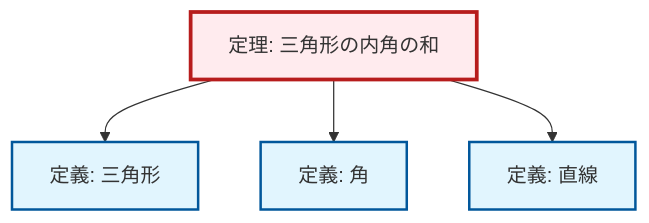
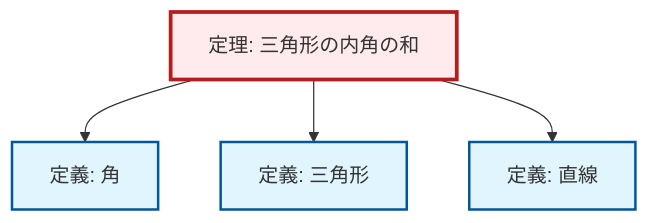
The diagram in content/ja/geometry/thm-angle-sum-triangle.qmd (RK0429/ModernMath), drawn with Mermaid before and after one commit. The commit also changed other lines of this file and 328 other files, not shown here.

````diff
--- a/content/ja/geometry/thm-angle-sum-triangle.qmd
+++ b/content/ja/geometry/thm-angle-sum-triangle.qmd
@@ -58,20 +58,20 @@
 ```{mermaid}
 %%| fig-cap: "ローカル依存関係グラフ"
 graph TD
     classDef definition fill:#e1f5fe,stroke:#01579b,stroke-width:2px
     classDef theorem fill:#f3e5f5,stroke:#4a148c,stroke-width:2px
     classDef axiom fill:#fff3e0,stroke:#e65100,stroke-width:2px
     classDef example fill:#e8f5e9,stroke:#1b5e20,stroke-width:2px
     classDef current fill:#ffebee,stroke:#b71c1c,stroke-width:3px
     def-triangle["定義: 三角形"]:::definition
+    def-angle["定義: 角"]:::definition
+    thm-angle-sum-triangle["定理: 三角形の内角の和"]:::theorem
     def-line["定義: 直線"]:::definition
-    thm-angle-sum-triangle["定理: 三角形の内角の和"]:::theorem
-    def-angle["定義: 角"]:::definition
+    thm-angle-sum-triangle --> def-angle
     thm-angle-sum-triangle --> def-triangle
-    thm-angle-sum-triangle --> def-angle
     thm-angle-sum-triangle --> def-line
     class thm-angle-sum-triangle current
     click def-triangle "def-triangle.html" "三角形の定義へ"
+    click def-angle "def-angle.html" "角の定義へ"
     click def-line "def-line.html" "直線の定義へ"
-    click def-angle "def-angle.html" "角の定義へ"
 ```
````
